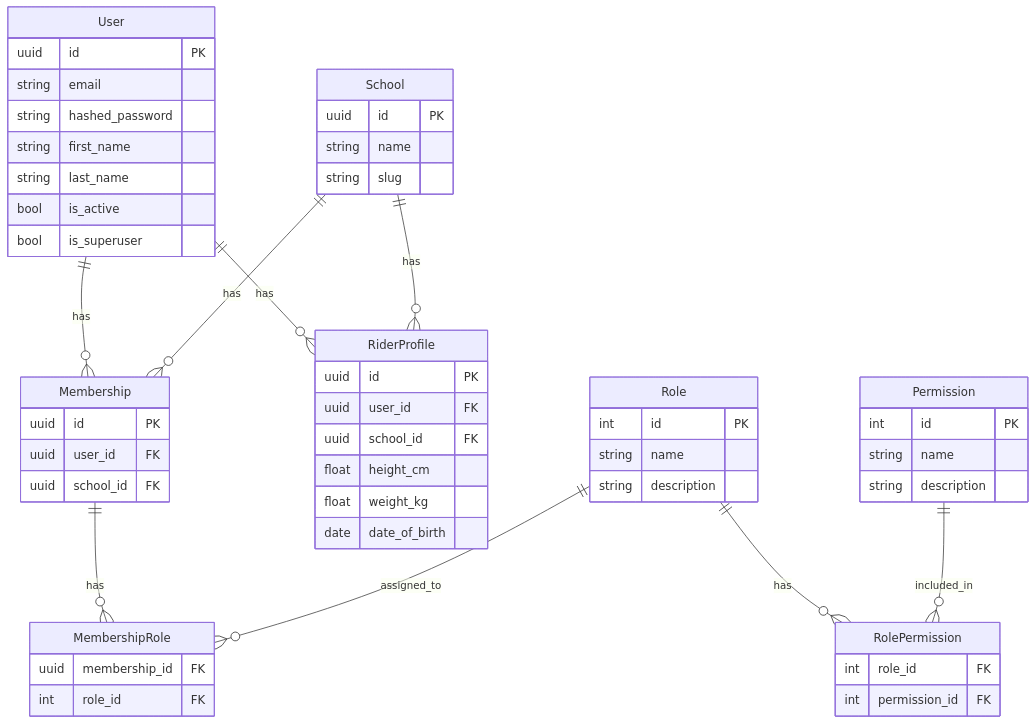
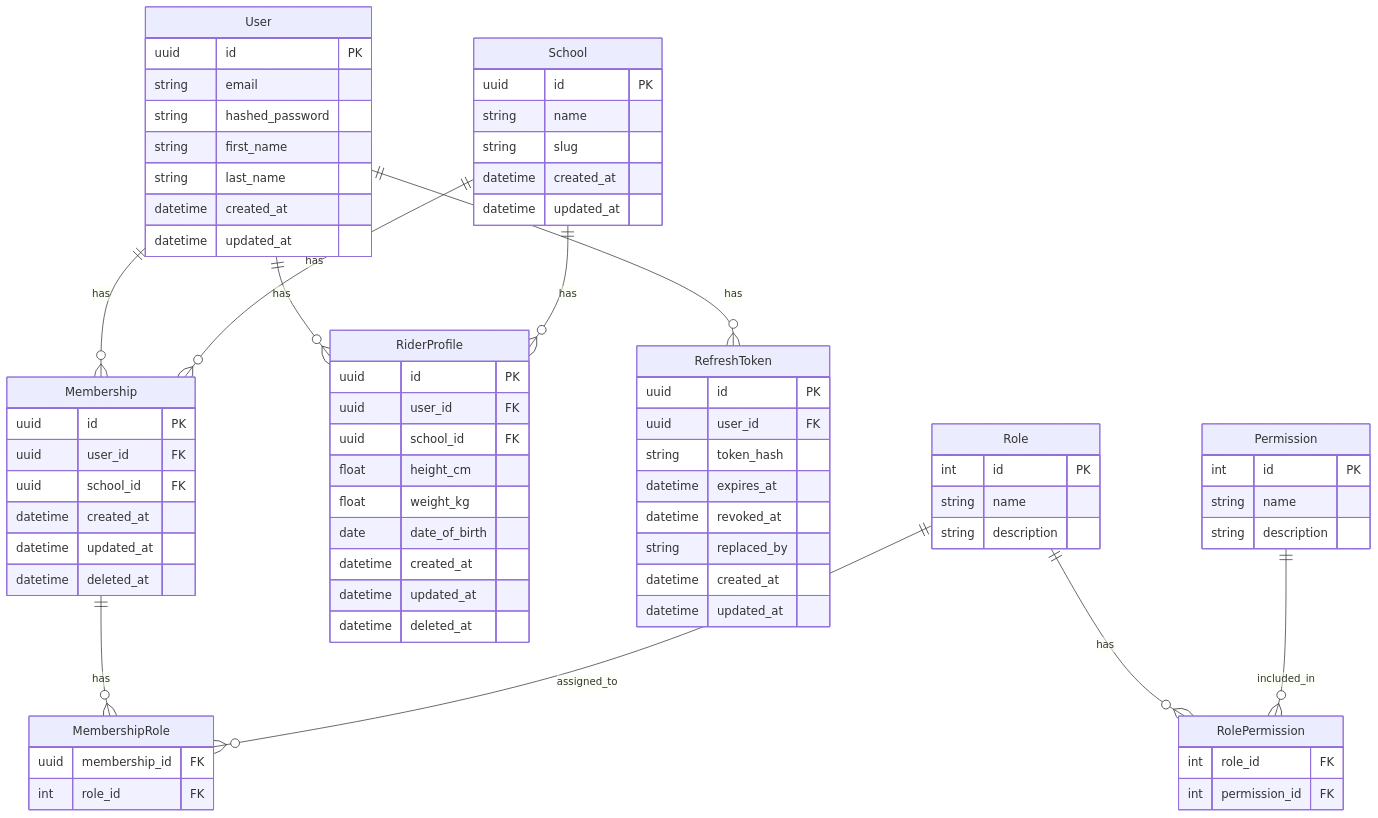
Before and after one commit to collisdigital/riding-school: the diagram in README.md, drawn with Mermaid. The commit also changed other lines of this file and 31 other files, not shown here.

First line of the commit message:
Implement Stateless RBAC and Refresh Token Rotation (#30)

```diff
--- a/README.md
+++ b/README.md
@@ -18,6 +18,7 @@
     School ||--o{ Membership : "has"
     User ||--o{ RiderProfile : "has"
     School ||--o{ RiderProfile : "has"
+    User ||--o{ RefreshToken : "has"
 
     Membership ||--o{ MembershipRole : "has"
     Role ||--o{ MembershipRole : "assigned_to"
@@ -31,20 +32,25 @@
         string hashed_password
         string first_name
         string last_name
-        bool is_active
-        bool is_superuser
+        datetime created_at
+        datetime updated_at
     }
 
     School {
         uuid id PK
         string name
         string slug
+        datetime created_at
+        datetime updated_at
     }
 
     Membership {
         uuid id PK
         uuid user_id FK
         uuid school_id FK
+        datetime created_at
+        datetime updated_at
+        datetime deleted_at
     }
 
     RiderProfile {
@@ -54,6 +60,20 @@
         float height_cm
         float weight_kg
         date date_of_birth
+        datetime created_at
+        datetime updated_at
+        datetime deleted_at
+    }
+
+    RefreshToken {
+        uuid id PK
+        uuid user_id FK
+        string token_hash
+        datetime expires_at
+        datetime revoked_at
+        string replaced_by
+        datetime created_at
+        datetime updated_at
     }
 
     Role {
```
